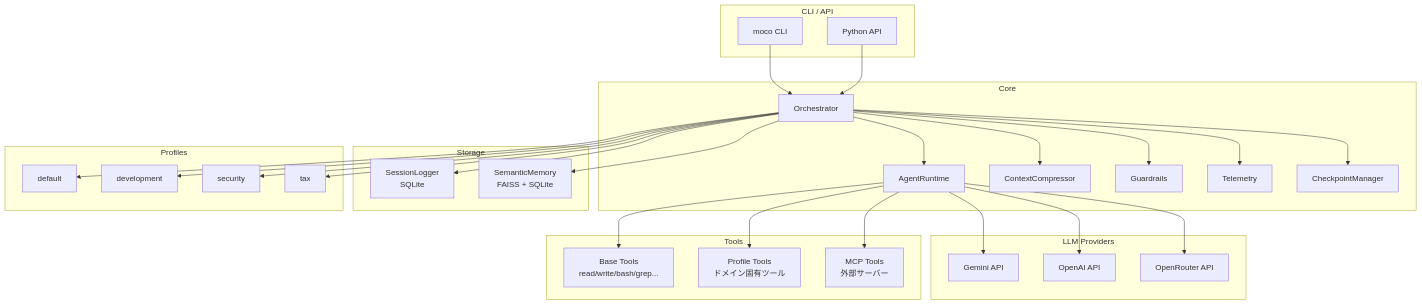
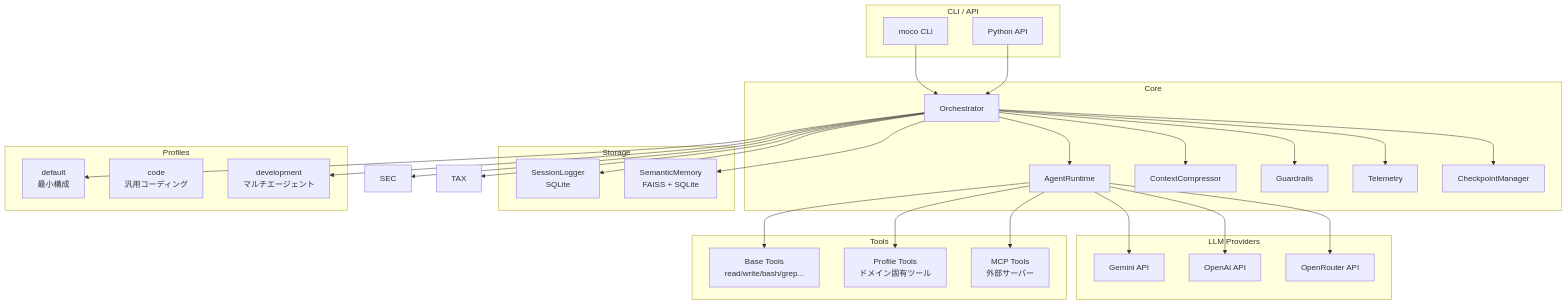
One commit to moco-ai/moco changed the diagram in README.md. Above: the diagram before and after it, drawn with Mermaid. The commit also changed other lines of this file, not shown here.

````diff
--- a/README.md
+++ b/README.md
@@ -182,63 +182,62 @@
 ```mermaid
 graph TB
     subgraph "CLI / API"
         CLI[moco CLI]
         API[Python API]
     end
 
     subgraph "Core"
         ORCH[Orchestrator]
         RUNTIME[AgentRuntime]
         COMP[ContextCompressor]
         GUARD[Guardrails]
         TELEM[Telemetry]
         CKPT[CheckpointManager]
     end
 
     subgraph "Storage"
         SESSION[SessionLogger<br/>SQLite]
         SEMANTIC[SemanticMemory<br/>FAISS + SQLite]
     end
 
     subgraph "LLM Providers"
         GEMINI[Gemini API]
         OPENAI[OpenAI API]
         OPENROUTER[OpenRouter API]
     end
 
     subgraph "Tools"
         BASE[Base Tools<br/>read/write/bash/grep...]
         PROFILE[Profile Tools<br/>ドメイン固有ツール]
         MCP[MCP Tools<br/>外部サーバー]
     end
 
     subgraph "Profiles"
-        DEFAULT[default]
-        DEV[development]
-        SEC[security]
-        TAX[tax]
+        DEFAULT[default<br/>最小構成]
+        CODE[code<br/>汎用コーディング]
+        DEV[development<br/>マルチエージェント]
     end
 
     CLI --> ORCH
     API --> ORCH
     ORCH --> RUNTIME
     ORCH --> COMP
     ORCH --> GUARD
     ORCH --> TELEM
     ORCH --> CKPT
     ORCH --> SESSION
     ORCH --> SEMANTIC
 
     RUNTIME --> GEMINI
     RUNTIME --> OPENAI
     RUNTIME --> OPENROUTER
 
     RUNTIME --> BASE
     RUNTIME --> PROFILE
     RUNTIME --> MCP
 
     ORCH --> DEFAULT
     ORCH --> DEV
     ORCH --> SEC
     ORCH --> TAX
 ```
````
